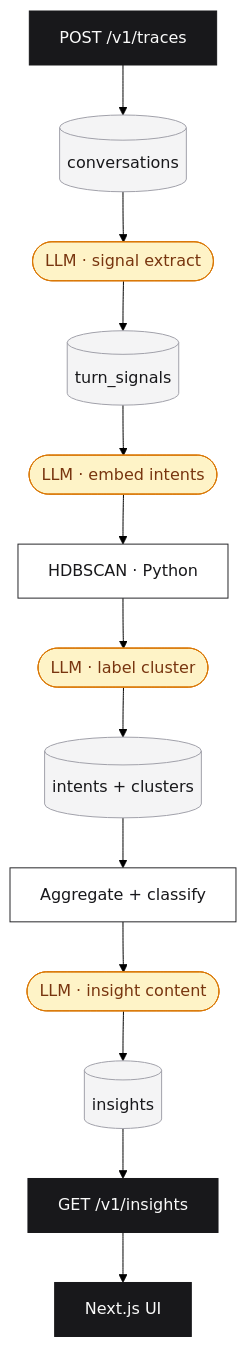
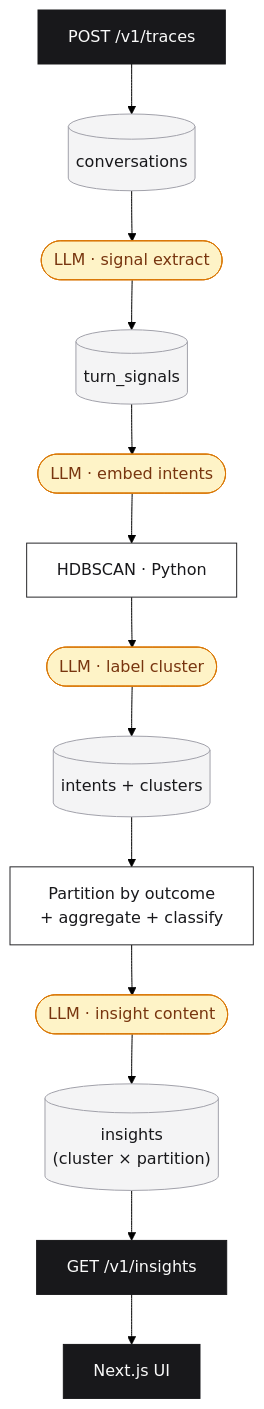
Before and after one commit to kashgohil/agnost: the diagram in REASONING.md, drawn with Mermaid (forest theme). The commit also changed other lines of this file, not shown here.

Commit message:
REASONING: document outcome partitions

````diff
--- a/REASONING.md
+++ b/REASONING.md
@@ -11,25 +11,25 @@
 ```mermaid
 flowchart TB
     POST["POST /v1/traces"]
     POST --> Convos[("conversations")]
     Convos --> L1(["LLM · signal extract"])
     L1 --> Sigs[("turn_signals")]
     Sigs --> L2(["LLM · embed intents"])
     L2 --> HDB["HDBSCAN · Python"]
     HDB --> L3(["LLM · label cluster"])
     L3 --> Ints[("intents + clusters")]
-    Ints --> Agg["Aggregate + classify"]
-    Agg --> L4(["LLM · insight content"])
-    L4 --> Ins[("insights")]
+    Ints --> Part["Partition by outcome<br/>+ aggregate + classify"]
+    Part --> L4(["LLM · insight content"])
+    L4 --> Ins[("insights<br/>(cluster × partition)")]
     Ins --> GET["GET /v1/insights"]
     GET --> UI["Next.js UI"]
 
     classDef store fill:#f4f4f5,stroke:#a1a1aa,color:#18181b
     classDef compute fill:#fff,stroke:#27272a,color:#18181b
     classDef llm fill:#fef3c7,stroke:#d97706,color:#78350f
     classDef io fill:#18181b,stroke:#18181b,color:#fafafa
     class Convos,Sigs,Ints,Ins store
-    class HDB,Agg compute
+    class HDB,Part compute
     class L1,L2,L3,L4 llm
     class POST,GET,UI io
 ```
````
